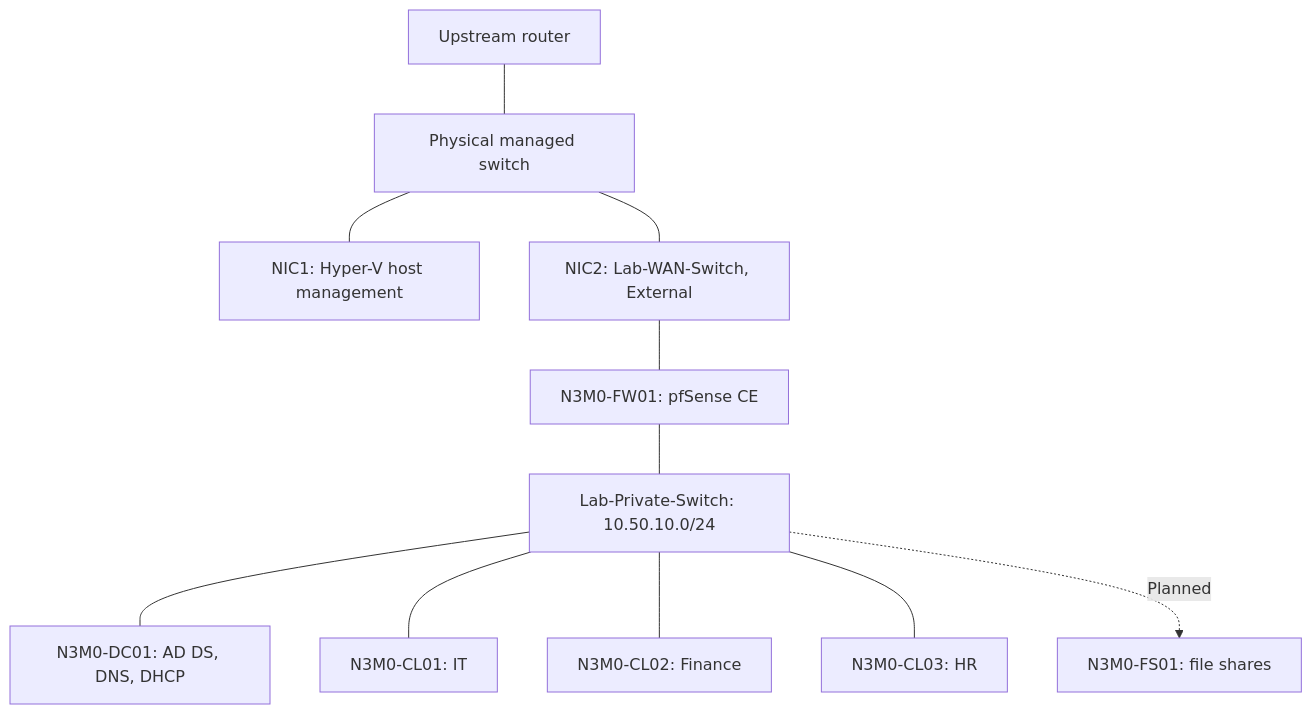
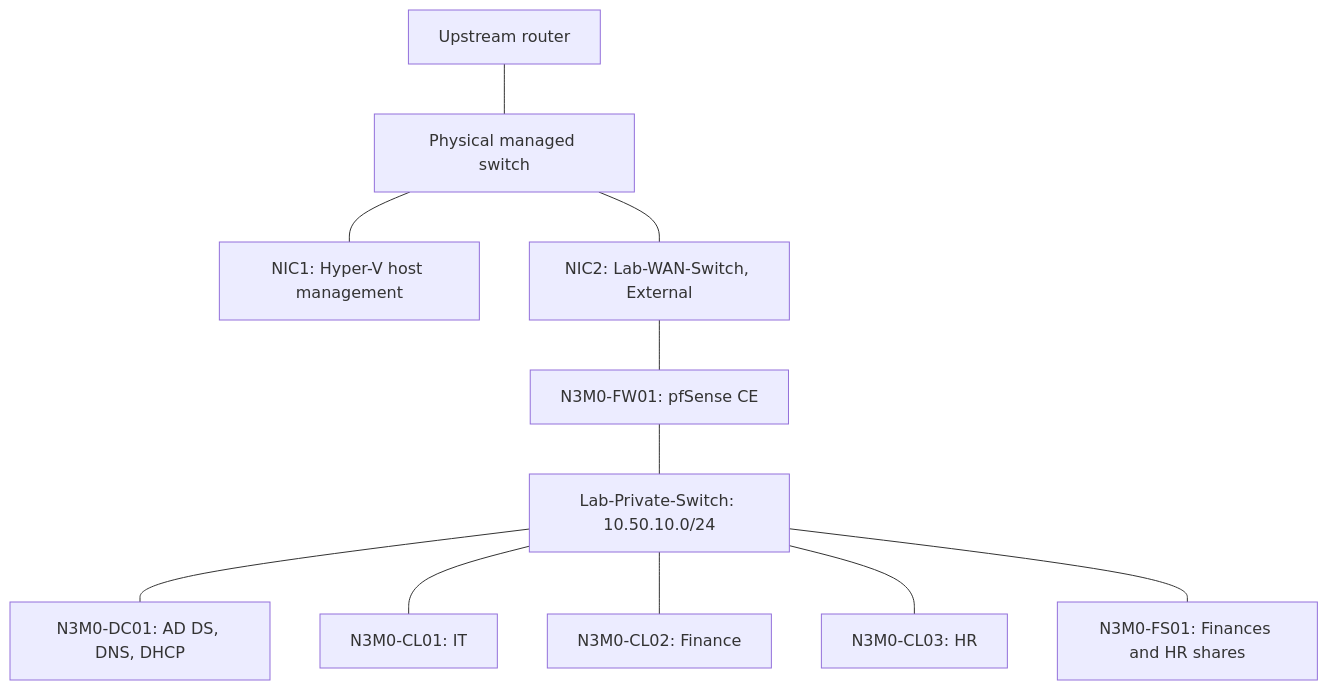
One commit to N3M0SYS/Active-Directory-Deployment-Lab changed the diagram in docs/architecture.md. Above: the diagram before and after it, drawn with Mermaid. The commit also changed other lines of this file and 7 other files, not shown here.

````diff
--- a/docs/architecture.md
+++ b/docs/architecture.md
@@ -7,13 +7,13 @@
 ```mermaid
 flowchart TD
     Router["Upstream router"] --- Physical["Physical managed switch"]
     Physical --- NIC1["NIC1: Hyper-V host management"]
     Physical --- WAN["NIC2: Lab-WAN-Switch, External"]
     WAN --- FW["N3M0-FW01: pfSense CE"]
     FW --- LAN["Lab-Private-Switch: 10.50.10.0/24"]
     LAN --- DC["N3M0-DC01: AD DS, DNS, DHCP"]
     LAN --- CL01["N3M0-CL01: IT"]
     LAN --- CL02["N3M0-CL02: Finance"]
     LAN --- CL03["N3M0-CL03: HR"]
-    LAN -. "Planned" .-> FS["N3M0-FS01: file shares"]
+    LAN --- FS["N3M0-FS01: Finances and HR shares"]
 ```
````
